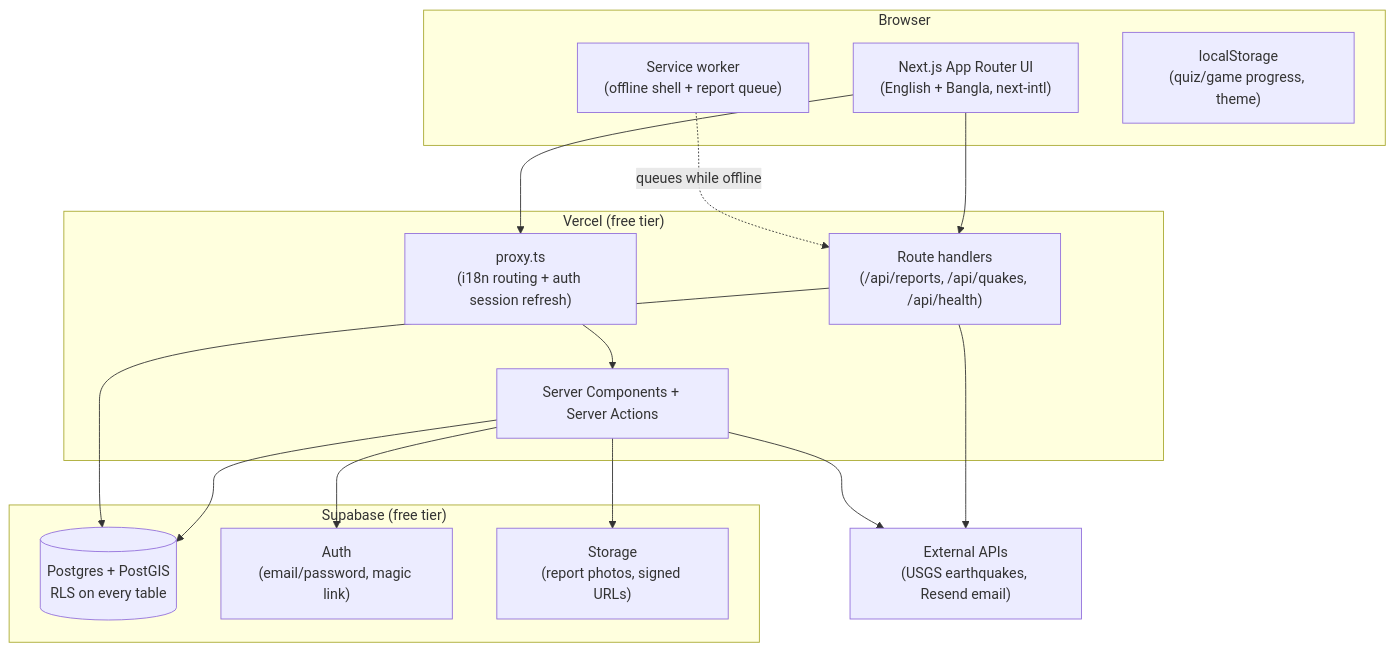
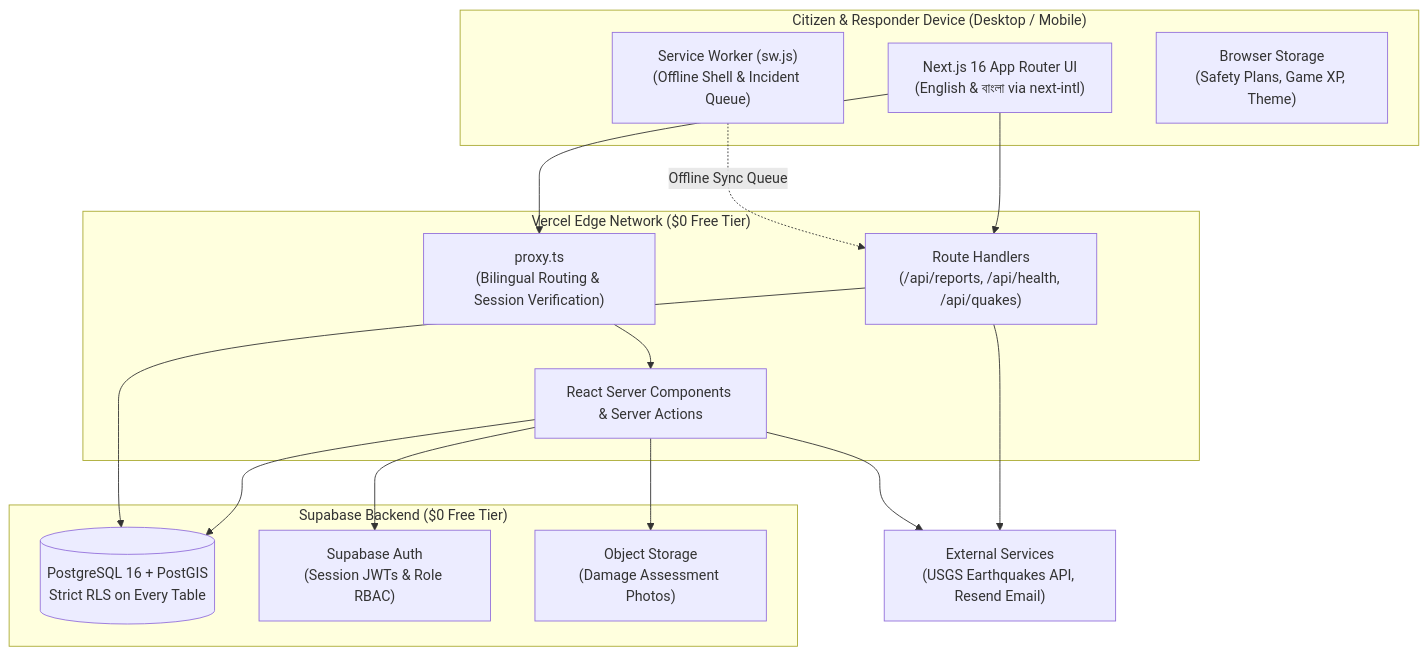
One commit to moazzem-hossain-majumder/Surokkha-BD changed the diagram in README.md. Above: the diagram before and after it, drawn with Mermaid. The commit also changed other lines of this file and 264 other files, not shown here.

````diff
--- a/README.md
+++ b/README.md
@@ -19,32 +137,32 @@
 ```mermaid
 flowchart TD
-    subgraph Client["Browser"]
-        UI["Next.js App Router UI\n(English + Bangla, next-intl)"]
-        SW["Service worker\n(offline shell + report queue)"]
-        LS["localStorage\n(quiz/game progress, theme)"]
+    subgraph Client["Citizen & Responder Device (Desktop / Mobile)"]
+        UI["Next.js 16 App Router UI\n(English & বাংলা via next-intl)"]
+        SW["Service Worker (sw.js)\n(Offline Shell & Incident Queue)"]
+        LS["Browser Storage\n(Safety Plans, Game XP, Theme)"]
     end
 
-    subgraph Vercel["Vercel (free tier)"]
-        RSC["Server Components + Server Actions"]
-        API["Route handlers\n(/api/reports, /api/quakes, /api/health)"]
-        Proxy["proxy.ts\n(i18n routing + auth session refresh)"]
+    subgraph Edge["Vercel Edge Network ($0 Free Tier)"]
+        RSC["React Server Components & Server Actions"]
+        API["Route Handlers\n(/api/reports, /api/health, /api/quakes)"]
+        Proxy["proxy.ts\n(Bilingual Routing & Session Verification)"]
     end
 
-    subgraph Supabase["Supabase (free tier)"]
-        DB[("Postgres + PostGIS\nRLS on every table")]
-        Auth["Auth\n(email/password, magic link)"]
-        Storage["Storage\n(report photos, signed URLs)"]
+    subgraph Data["Supabase Backend ($0 Free Tier)"]
+        DB[("PostgreSQL 16 + PostGIS\nStrict RLS on Every Table")]
+        Auth["Supabase Auth\n(Session JWTs & Role RBAC)"]
+        Storage["Object Storage\n(Damage Assessment Photos)"]
     end
 
-    External["External APIs\n(USGS earthquakes, Resend email)"]
+    External["External Services\n(USGS Earthquakes API, Resend Email)"]
 
     UI --> Proxy --> RSC
     UI --> API
-    SW -. queues while offline .-> API
+    SW -. Offline Sync Queue .-> API
     RSC --> DB
     RSC --> Auth
     API --> DB
     API --> External
     RSC --> Storage
     RSC --> External
 ```
````
